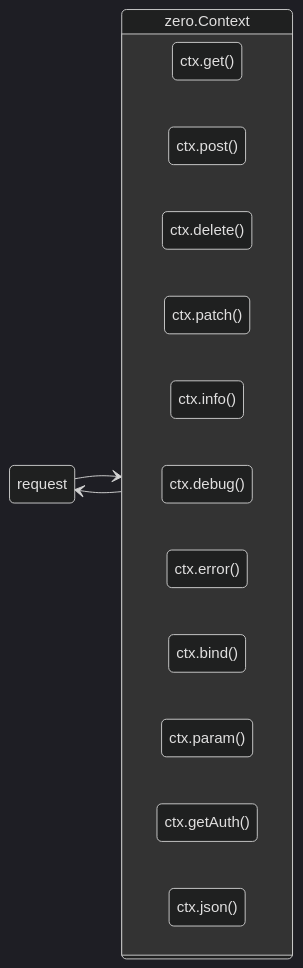
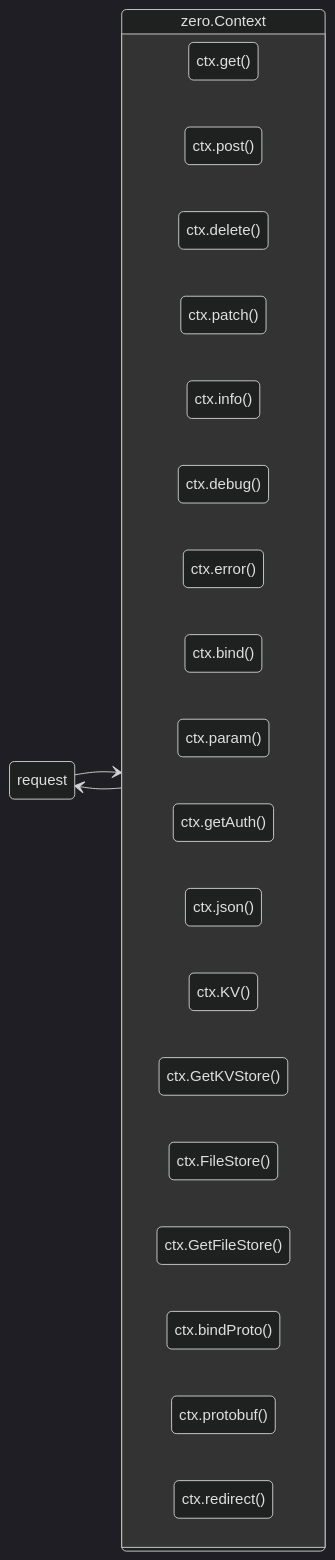
The first of 3 diagrams in docs/context.md (im-ng/zero-docs), drawn with Mermaid (dark theme) before and after one commit. The commit also changed other lines of this file and 99 other files, not shown here.

````diff
--- a/docs/context.md
+++ b/docs/context.md
@@ -25,20 +13,27 @@
 ```mermaid
 stateDiagram-v2
     direction LR
     request --> zero.Context
     state  zero.Context {
       direction LR
       ctx.get()
       ctx.post()
       ctx.delete()
       ctx.patch()
       ctx.info()
       ctx.debug()
       ctx.error()
       ctx.bind()
       ctx.param()
       ctx.getAuth()
       ctx.json()
+      ctx.KV()
+      ctx.GetKVStore()
+      ctx.FileStore()
+      ctx.GetFileStore()
+      ctx.bindProto()
+      ctx.protobuf()
+      ctx.redirect()
     }
     zero.Context --> request
 ```
````
